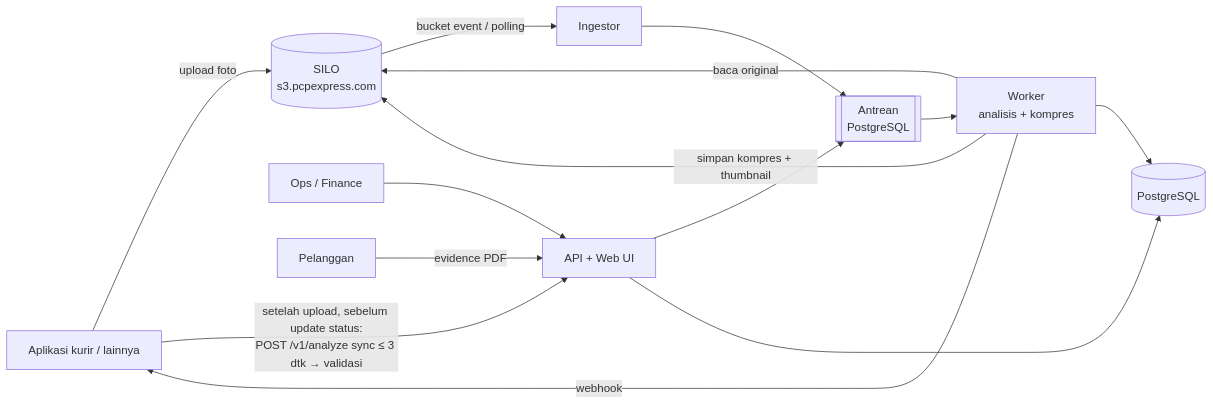
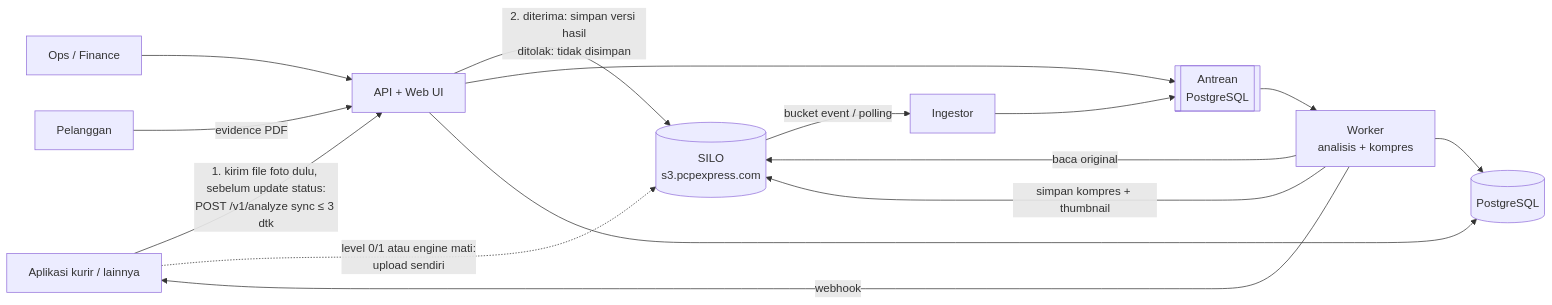
One commit to anas-fikri/ocr-engine changed the diagram in README.md. Above: the diagram before and after it, drawn with Mermaid. The commit also changed other lines of this file and 10 other files, not shown here.

````diff
--- a/README.md
+++ b/README.md
@@ -36,16 +36,17 @@
 ```mermaid
 flowchart LR
-    App[Aplikasi kurir / lainnya] -->|upload foto| SILO[(SILO<br/>s3.pcpexpress.com)]
-    App -->|setelah upload, sebelum update status:<br/>POST /v1/analyze sync ≤ 3 dtk → validasi| API
+    App[Aplikasi kurir / lainnya] -->|1. kirim file foto dulu, sebelum update status:<br/>POST /v1/analyze sync ≤ 3 dtk| API
+    API -->|2. diterima: simpan versi hasil<br/>ditolak: tidak disimpan| SILO[(SILO<br/>s3.pcpexpress.com)]
+    App -.->|level 0/1 atau engine mati:<br/>upload sendiri| SILO
     SILO -->|bucket event / polling| ING[Ingestor]
     ING --> Q[[Antrean<br/>PostgreSQL]]
     API[API + Web UI] --> Q
     Q --> W[Worker<br/>analisis + kompres]
     W -->|baca original| SILO
     W -->|simpan kompres + thumbnail| SILO
     W --> DB[(PostgreSQL)]
     W -->|webhook| App
     API --> DB
     Ops[Ops / Finance] --> API
     Cust[Pelanggan] -->|evidence PDF| API
 ```
````
